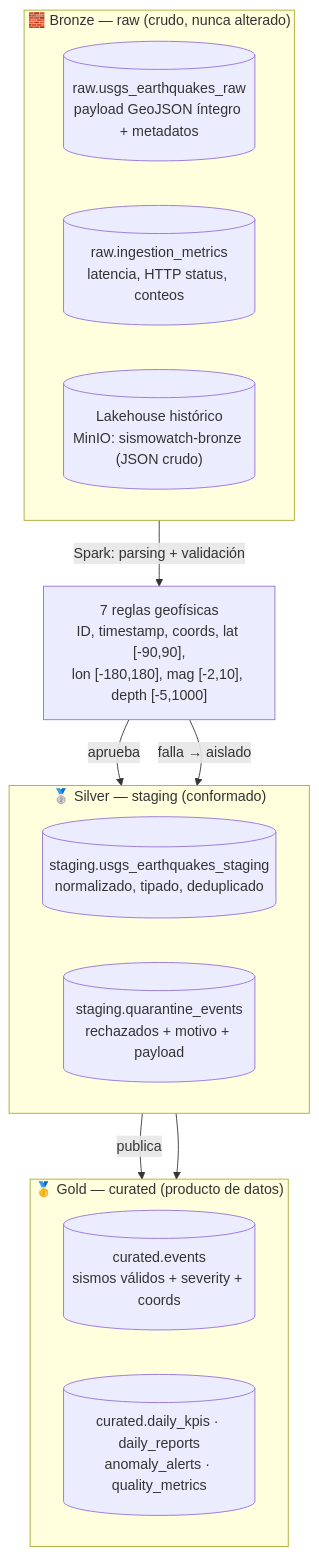
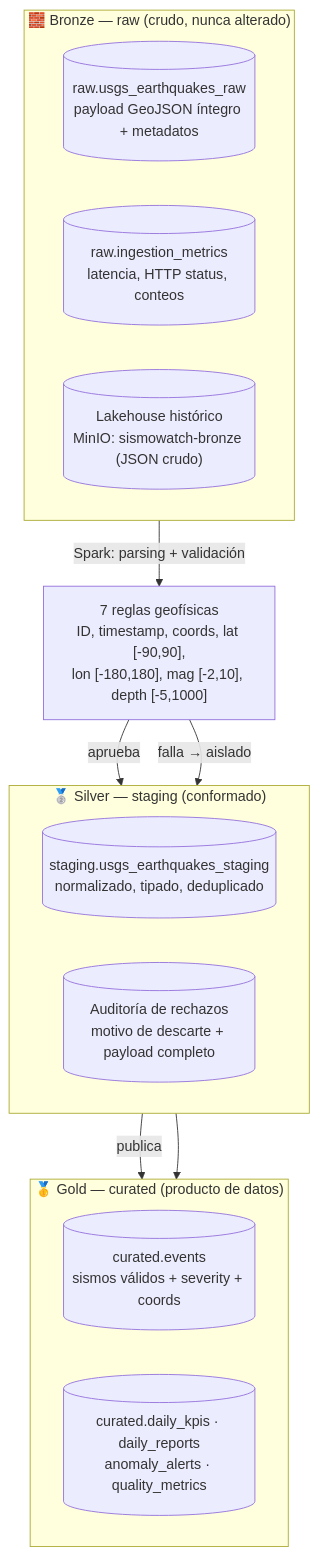
Before and after one commit to EdgarCorzo777/prueba-desempe-o-octubre: the second of 5 diagrams in README.md, drawn with Mermaid. The commit also changed other lines of this file, not shown here.

Commit message:
docs: README revisado - se describe la calidad de datos en terminos de auditoria de rechazos sin referencias externas al flujo de cuarentena

````diff
--- a/README.md
+++ b/README.md
@@ -82,28 +82,28 @@
 ```mermaid
 flowchart TB
     subgraph Bronze["🧱 Bronze — raw (crudo, nunca alterado)"]
         direction LR
         B1[("raw.usgs_earthquakes_raw<br/>payload GeoJSON íntegro + metadatos")]
         B2[("raw.ingestion_metrics<br/>latencia, HTTP status, conteos")]
         B3[("Lakehouse histórico<br/>MinIO: sismowatch-bronze (JSON crudo)")]
     end
 
     subgraph Silver["🥈 Silver — staging (conformado)"]
         direction LR
         S1[("staging.usgs_earthquakes_staging<br/>normalizado, tipado, deduplicado")]
-        S2[("staging.quarantine_events<br/>rechazados + motivo + payload")]
+        S2[("Auditoría de rechazos<br/>motivo de descarte + payload completo")]
     end
 
     subgraph Gold["🥇 Gold — curated (producto de datos)"]
         direction LR
         G1[("curated.events<br/>sismos válidos + severity + coords")]
         G2[("curated.daily_kpis · daily_reports<br/>anomaly_alerts · quality_metrics")]
     end
 
     Q["7 reglas geofísicas<br/>ID, timestamp, coords, lat [-90,90],<br/>lon [-180,180], mag [-2,10], depth [-5,1000]"]
 
     B1 -->|"Spark: parsing + validación"| Q
     Q -->|"aprueba"| S1 -->|"publica"| G1
     Q -->|"falla → aislado"| S2
     S1 --> G2
 ```
````
